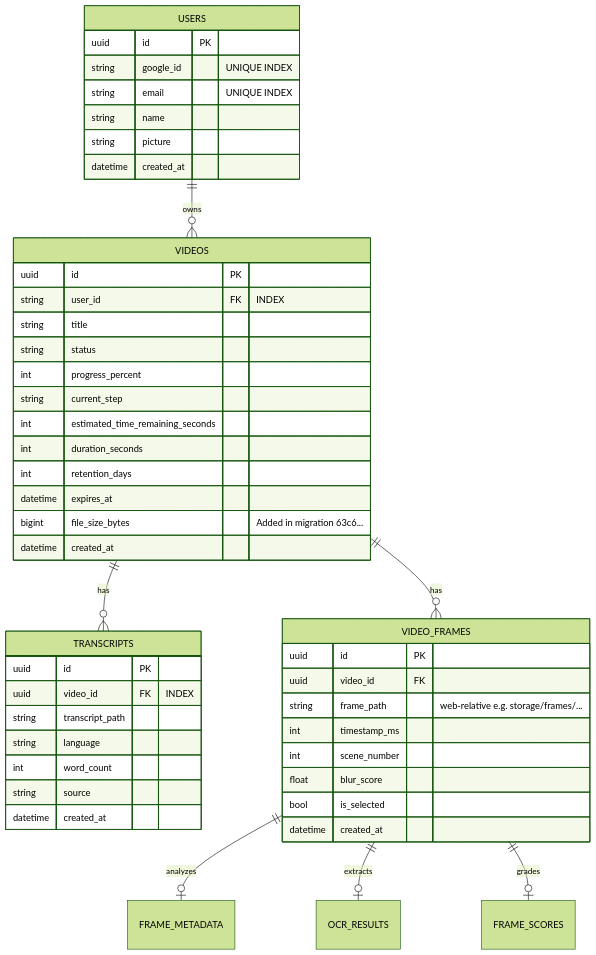
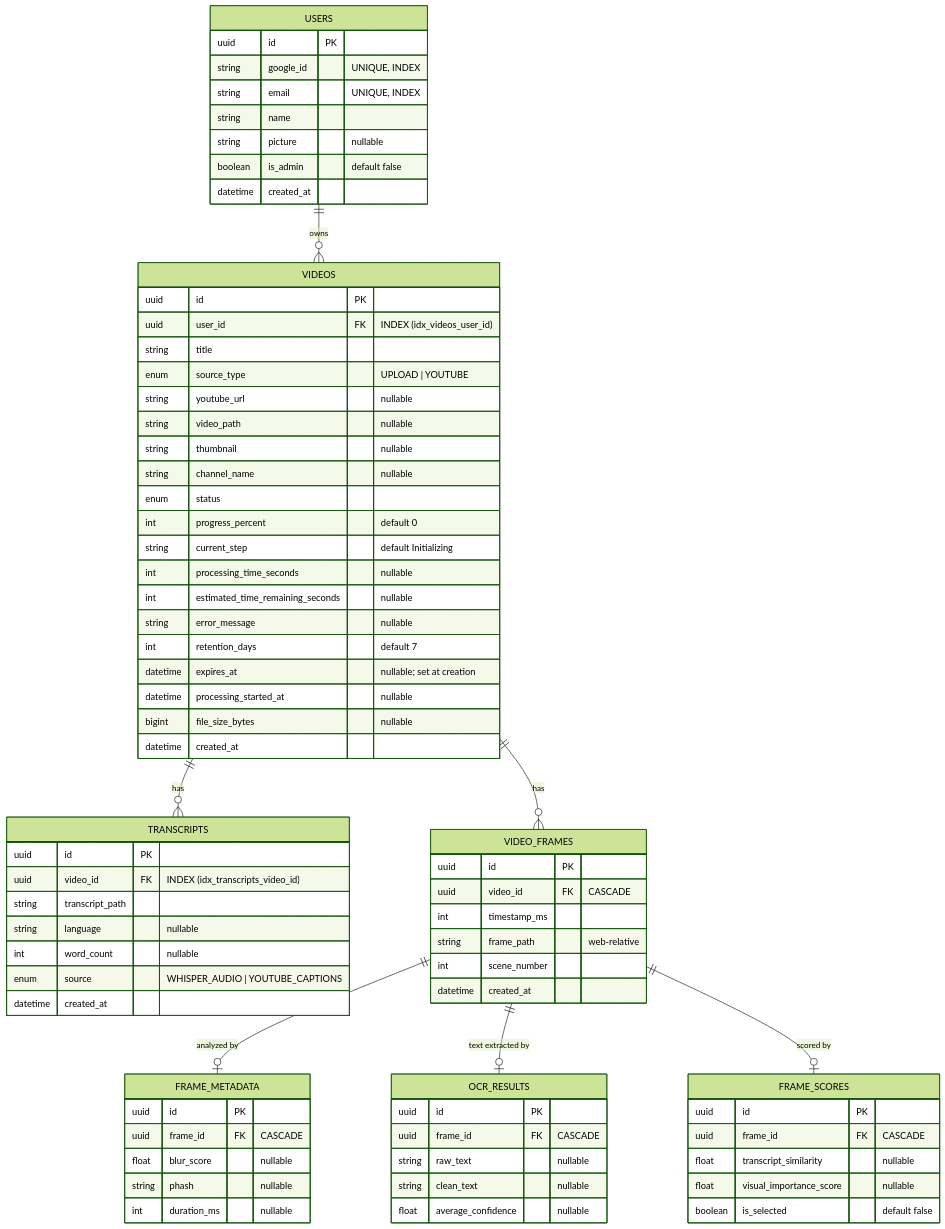
The diagram in docs/Database.md (Meetvirugama/EduScribe-AI), drawn with Mermaid (forest theme) before and after one commit. The commit also changed other lines of this file and 83 other files, not shown here.

````diff
--- a/docs/Database.md
+++ b/docs/Database.md
@@ -12,52 +11,82 @@
     USERS ||--o{ VIDEOS : owns
     VIDEOS ||--o{ TRANSCRIPTS : has
     VIDEOS ||--o{ VIDEO_FRAMES : has
-    VIDEO_FRAMES ||--o| FRAME_METADATA : analyzes
-    VIDEO_FRAMES ||--o| OCR_RESULTS : extracts
-    VIDEO_FRAMES ||--o| FRAME_SCORES : grades
+    VIDEO_FRAMES ||--o| FRAME_METADATA : "analyzed by"
+    VIDEO_FRAMES ||--o| OCR_RESULTS : "text extracted by"
+    VIDEO_FRAMES ||--o| FRAME_SCORES : "scored by"
 
     USERS {
         uuid id PK
-        string google_id "UNIQUE INDEX"
-        string email "UNIQUE INDEX"
+        string google_id "UNIQUE, INDEX"
+        string email "UNIQUE, INDEX"
         string name
-        string picture
+        string picture "nullable"
+        boolean is_admin "default false"
         datetime created_at
     }
 
     VIDEOS {
         uuid id PK
-        string user_id FK "INDEX"
+        uuid user_id FK "INDEX (idx_videos_user_id)"
         string title
-        string status
-        int progress_percent
-        string current_step
-        int estimated_time_remaining_seconds
-        int duration_seconds
-        int retention_days
-        datetime expires_at
-        bigint file_size_bytes "Added in migration 63c6..."
+        enum source_type "UPLOAD | YOUTUBE"
+        string youtube_url "nullable"
+        string video_path "nullable"
+        string thumbnail "nullable"
+        string channel_name "nullable"
+        enum status
+        int progress_percent "default 0"
+        string current_step "default Initializing"
+        int processing_time_seconds "nullable"
+        int estimated_time_remaining_seconds "nullable"
+        string error_message "nullable"
+        int retention_days "default 7"
+        datetime expires_at "nullable; set at creation"
+        datetime processing_started_at "nullable"
+        bigint file_size_bytes "nullable"
         datetime created_at
     }
 
     TRANSCRIPTS {
         uuid id PK
-        uuid video_id FK "INDEX"
+        uuid video_id FK "INDEX (idx_transcripts_video_id)"
         string transcript_path
-        string language
-        int word_count
-        string source
+        string language "nullable"
+        int word_count "nullable"
+        enum source "WHISPER_AUDIO | YOUTUBE_CAPTIONS"
         datetime created_at
     }
 
     VIDEO_FRAMES {
         uuid id PK
-        uuid video_id FK
-        string frame_path "web-relative e.g. storage/frames/..."
+        uuid video_id FK "CASCADE"
         int timestamp_ms
+        string frame_path "web-relative"
         int scene_number
-        float blur_score
-        bool is_selected
         datetime created_at
     }
+
+    FRAME_METADATA {
+        uuid id PK
+        uuid frame_id FK "CASCADE"
+        float blur_score "nullable"
+        string phash "nullable"
+        int duration_ms "nullable"
+    }
+
+    OCR_RESULTS {
+        uuid id PK
+        uuid frame_id FK "CASCADE"
+        string raw_text "nullable"
+        string clean_text "nullable"
+        float average_confidence "nullable"
+    }
+
+    FRAME_SCORES {
+        uuid id PK
+        uuid frame_id FK "CASCADE"
+        float transcript_similarity "nullable"
+        float visual_importance_score "nullable"
+        boolean is_selected "default false"
+    }
 ```
````
